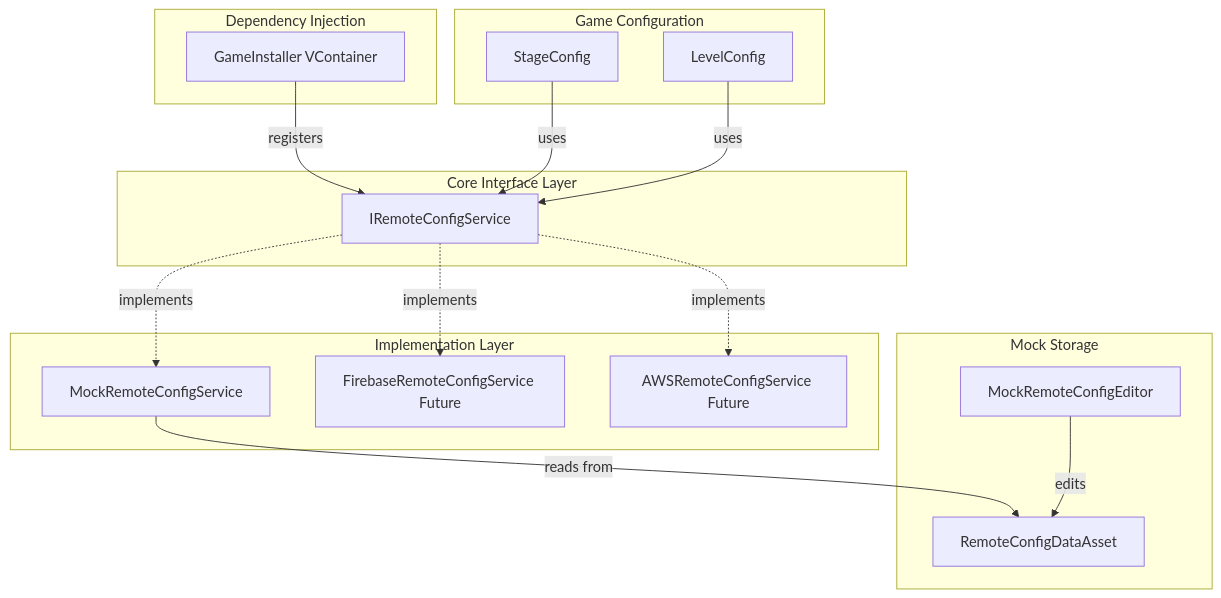
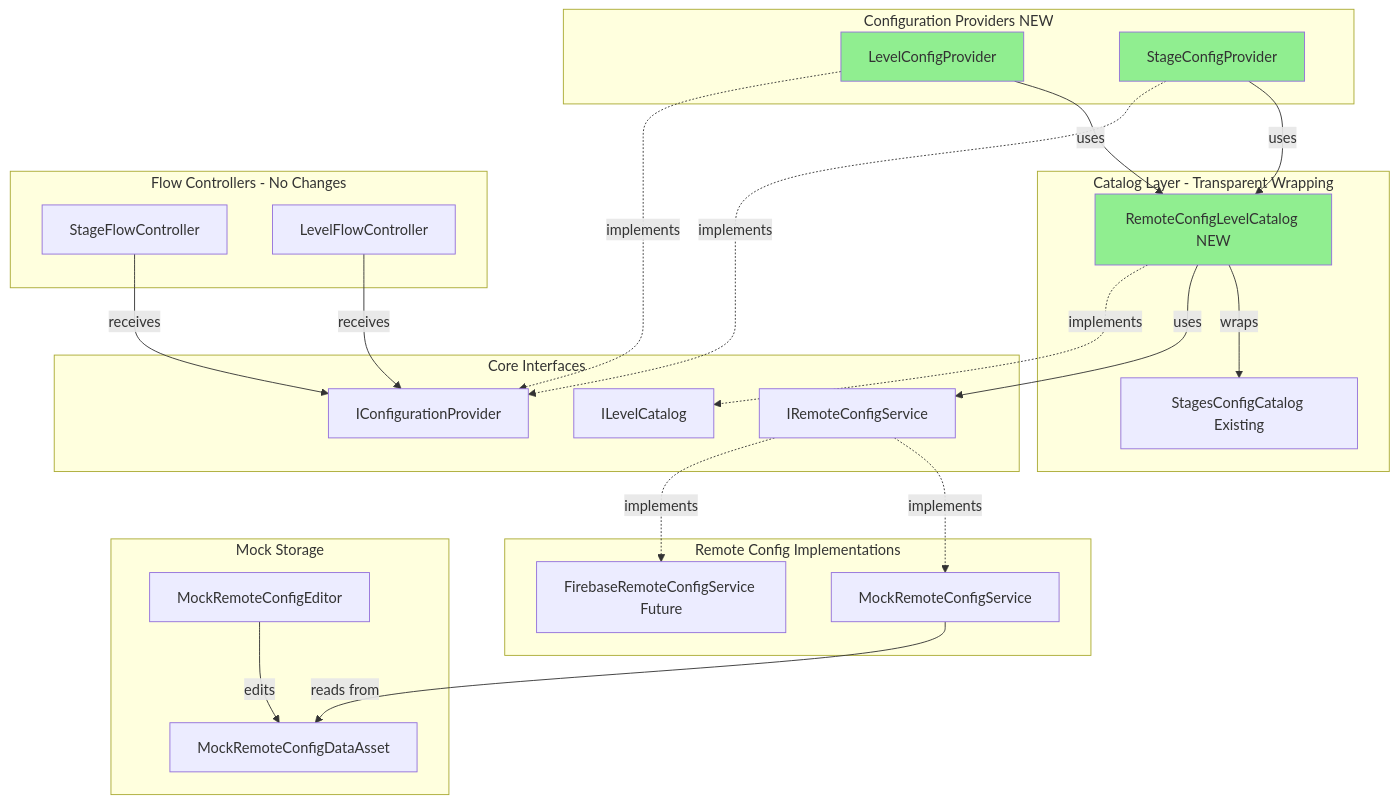
The first of 2 diagrams in .cursor/plans/remote_config_system_f24d3bee.plan.md (Jonsi/Knife-Toss), drawn with Mermaid before and after one commit. The commit also changed other lines of this file, not shown here.

````diff
--- a/.cursor/plans/remote_config_system_f24d3bee.plan.md
+++ b/.cursor/plans/remote_config_system_f24d3bee.plan.md
@@ -37,37 +37,54 @@
 ```mermaid
 graph TB
-    subgraph coreInterface [Core Interface Layer]
+    subgraph coreInterface [Core Interfaces]
         IRemoteConfigService[IRemoteConfigService]
+        IConfigProvider[IConfigurationProvider]
+        ILevelCatalog[ILevelCatalog]
     end
     
-    subgraph implementations [Implementation Layer]
+    subgraph implementations [Remote Config Implementations]
         MockService[MockRemoteConfigService]
         FirebaseService[FirebaseRemoteConfigService Future]
-        AWSService[AWSRemoteConfigService Future]
+    end
+    
+    subgraph catalogLayer [Catalog Layer - Transparent Wrapping]
+        StagesConfigCatalog[StagesConfigCatalog Existing]
+        RemoteConfigCatalog[RemoteConfigLevelCatalog NEW]
     end
     
     subgraph storage [Mock Storage]
         EditorWindow[MockRemoteConfigEditor]
-        ScriptableObject[RemoteConfigDataAsset]
+        MockDataAsset[MockRemoteConfigDataAsset]
     end
     
-    subgraph gameConfig [Game Configuration]
-        StageConfig[StageConfig]
-        LevelConfig[LevelConfig]
+    subgraph providers [Configuration Providers NEW]
+        LevelConfigProvider[LevelConfigProvider]
+        StageConfigProvider[StageConfigProvider]
     end
     
-    subgraph di [Dependency Injection]
-        GameInstaller[GameInstaller VContainer]
+    subgraph flowControllers [Flow Controllers - No Changes]
+        StageFlow[StageFlowController]
+        LevelFlow[LevelFlowController]
     end
     
     IRemoteConfigService -.implements.-> MockService
     IRemoteConfigService -.implements.-> FirebaseService
-    IRemoteConfigService -.implements.-> AWSService
+    MockService -->|reads from| MockDataAsset
+    EditorWindow -->|edits| MockDataAsset
     
-    MockService -->|reads from| ScriptableObject
-    EditorWindow -->|edits| ScriptableObject
+    RemoteConfigCatalog -->|wraps| StagesConfigCatalog
+    RemoteConfigCatalog -->|uses| IRemoteConfigService
+    RemoteConfigCatalog -.implements.-> ILevelCatalog
     
-    GameInstaller -->|registers| IRemoteConfigService
-    StageConfig -->|uses| IRemoteConfigService
-    LevelConfig -->|uses| IRemoteConfigService
+    LevelConfigProvider -->|uses| RemoteConfigCatalog
+    StageConfigProvider -->|uses| RemoteConfigCatalog
+    LevelConfigProvider -.implements.-> IConfigProvider
+    StageConfigProvider -.implements.-> IConfigProvider
+    
+    StageFlow -->|receives| IConfigProvider
+    LevelFlow -->|receives| IConfigProvider
+    
+    style RemoteConfigCatalog fill:#90EE90
+    style LevelConfigProvider fill:#90EE90
+    style StageConfigProvider fill:#90EE90
 ```
````
